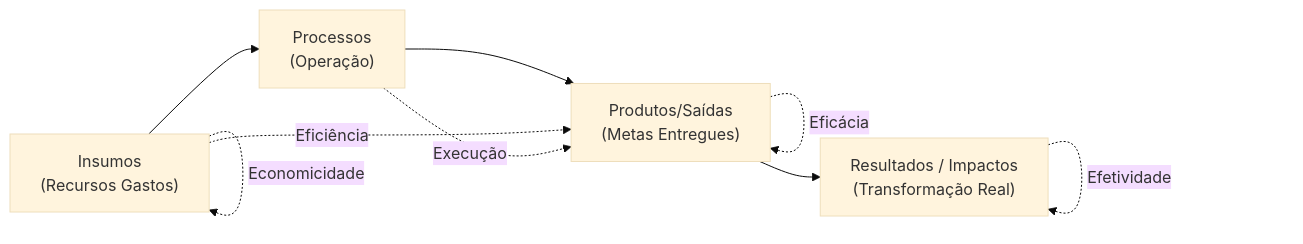
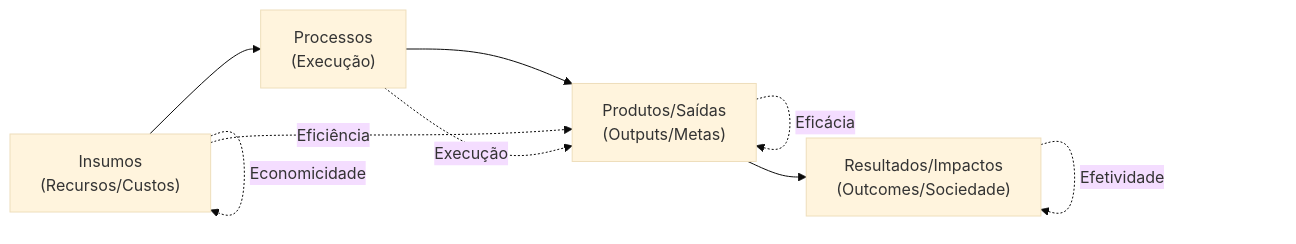
Before and after one commit to thiagosantos346/TCE-GO-2027: the fourth of 6 diagrams in fontes_de_estudo/conhecimentos_especificos_a01_tecnico_administrativo/21_nocoes_de_administracao_publica/02_modelos_de_administracao_publica_e_governanca.md, drawn with Mermaid (base theme). The commit also changed other lines of this file and 119 other files, not shown here.

````diff
--- a/fontes_de_estudo/conhecimentos_especificos_a01_tecnico_administrativo/21_nocoes_de_administracao_publica/02_modelos_de_administracao_publica_e_governanca.md
+++ b/fontes_de_estudo/conhecimentos_especificos_a01_tecnico_administrativo/21_nocoes_de_administracao_publica/02_modelos_de_administracao_publica_e_governanca.md
@@ -146,12 +157,12 @@
 ```mermaid
 flowchart LR
-    Insumos["Insumos<br/>(Recursos Gastos)"] --> Processo["Processos<br/>(Operação)"]
-    Processo --> Produtos["Produtos/Saídas<br/>(Metas Entregues)"]
-    Produtos --> Resultados["Resultados / Impactos<br/>(Transformação Real)"]
+    Insumos["Insumos<br/>(Recursos/Custos)"] --> Processo["Processos<br/>(Execução)"]
+    Processo --> Produtos["Produtos/Saídas<br/>(Outputs/Metas)"]
+    Produtos --> Resultados["Resultados/Impactos<br/>(Outcomes/Sociedade)"]
     
     Insumos -.->|Economicidade| Insumos
     Insumos -.->|Eficiência| Produtos
     Processo -.->|Execução| Produtos
     Produtos -.->|Eficácia| Produtos
     Resultados -.->|Efetividade| Resultados
 ```
````
